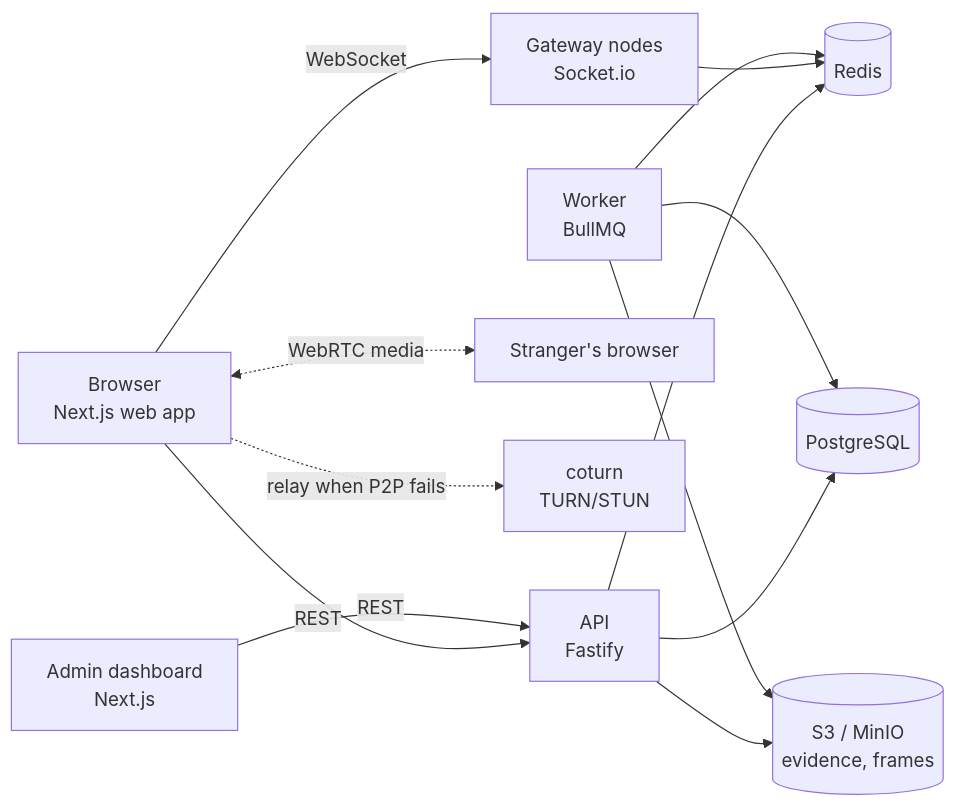
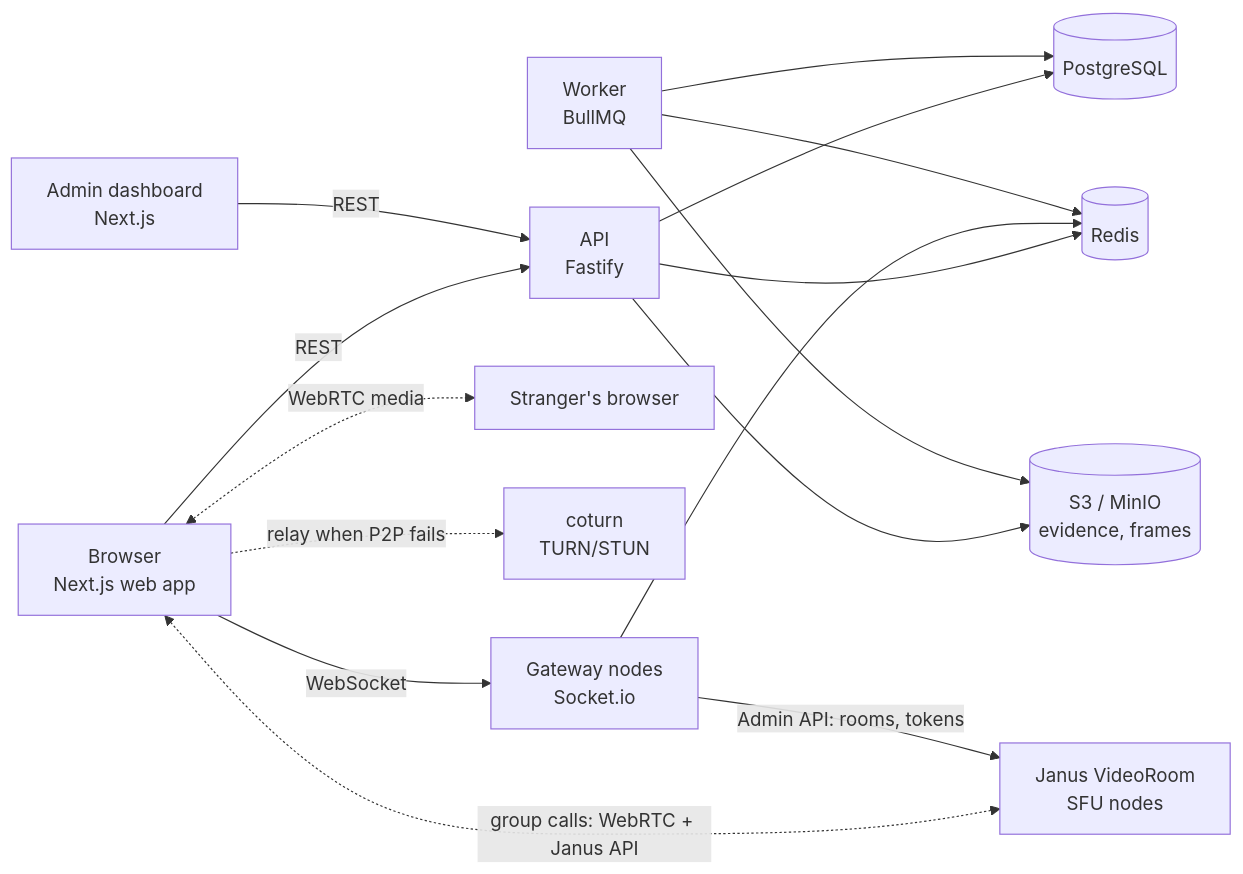
The diagram in README.md (vanshtalwar/yapzy), drawn with Mermaid before and after one commit. The commit also changed other lines of this file and 47 other files, not shown here.

First line of the commit message:
feat(part-11): Janus SFU and call topology switch

````diff
--- a/README.md
+++ b/README.md
@@ -57,15 +57,17 @@
 ```mermaid
 flowchart LR
   B[Browser<br/>Next.js web app] -- REST --> API[API<br/>Fastify]
   B -- WebSocket --> GW[Gateway nodes<br/>Socket.io]
   B <-. WebRTC media .-> P[Stranger's browser]
   B -. relay when P2P fails .-> T[coturn<br/>TURN/STUN]
+  B <-. group calls: WebRTC + Janus API .-> J[Janus VideoRoom<br/>SFU nodes]
+  GW -- Admin API: rooms, tokens --> J
   ADM[Admin dashboard<br/>Next.js] -- REST --> API
   API --> R[(Redis)]
   GW --> R
   API --> PG[(PostgreSQL)]
   W[Worker<br/>BullMQ] --> PG
   W --> R
   API --> S3[(S3 / MinIO<br/>evidence, frames)]
   W --> S3
 ```
````
